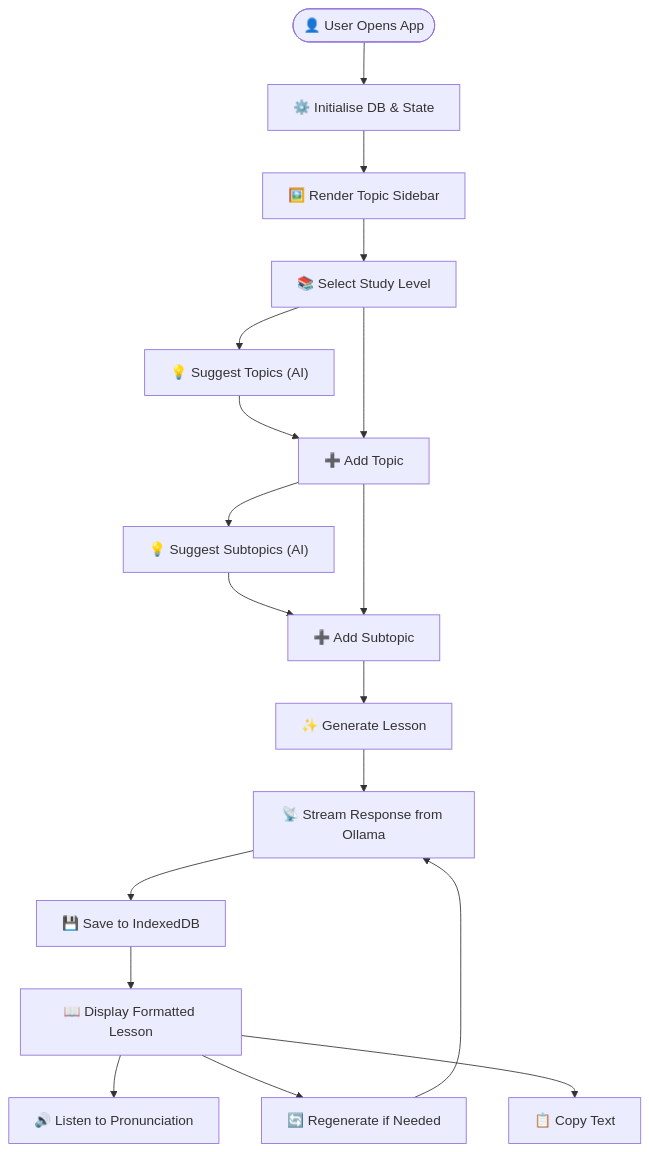
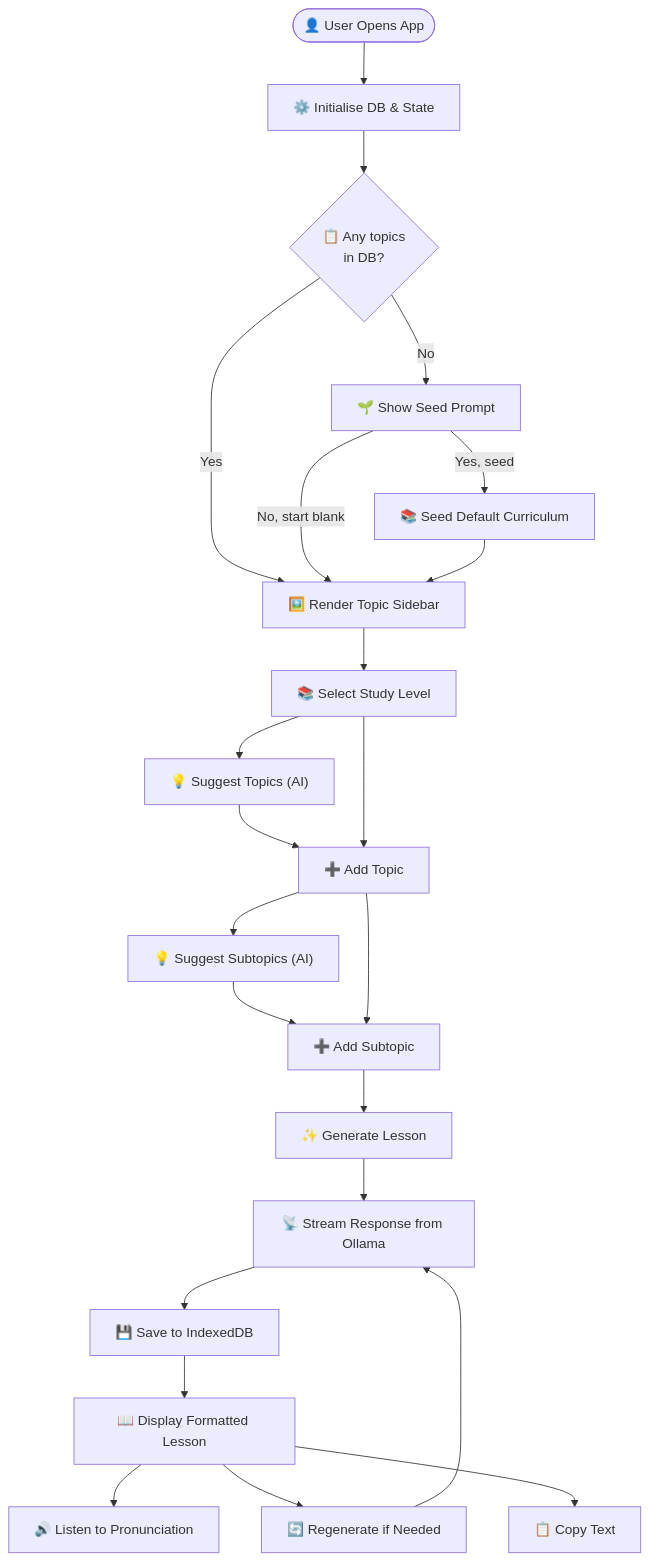
One commit to alangarrod/Spanish-Tutor changed the third of 4 diagrams in README.md. Above: the diagram before and after it, drawn with Mermaid. The commit also changed other lines of this file, not shown here.

Commit message:
Update README to include curriculum seeding feature

````diff
--- a/README.md
+++ b/README.md
@@ -108,20 +109,25 @@
 ```mermaid
 flowchart TD
     Start(["👤 User Opens App"]) --> Init["⚙️ Initialise DB & State"]
-    Init --> Render["🖼️ Render Topic Sidebar"]
+    Init --> EmptyCheck{"📋 Any topics<br/>in DB?"}
+    EmptyCheck -->|"Yes"| Render["🖼️ Render Topic Sidebar"]
+    EmptyCheck -->|"No"| SeedPrompt["🌱 Show Seed Prompt"]
+    SeedPrompt -->|"Yes, seed"| SeedCurriculum["📚 Seed Default Curriculum"]
+    SeedPrompt -->|"No, start blank"| Render
+    SeedCurriculum --> Render
     Render --> SelectLevel["📚 Select Study Level"]
     SelectLevel --> SuggestTopic["💡 Suggest Topics (AI)"]
     SuggestTopic --> AddTopic["➕ Add Topic"]
     SelectLevel --> AddTopic
     AddTopic --> SuggestSubtopic["💡 Suggest Subtopics (AI)"]
     SuggestSubtopic --> AddSubtopic["➕ Add Subtopic"]
     AddTopic --> AddSubtopic
     AddSubtopic --> Generate["✨ Generate Lesson"]
     Generate --> Streaming["📡 Stream Response from Ollama"]
     Streaming --> Save["💾 Save to IndexedDB"]
     Save --> Display["📖 Display Formatted Lesson"]
     Display --> Listen["🔊 Listen to Pronunciation"]
     Display --> Regenerate["🔄 Regenerate if Needed"]
     Regenerate --> Streaming
     Display --> Copy["📋 Copy Text"]
 ```
````
